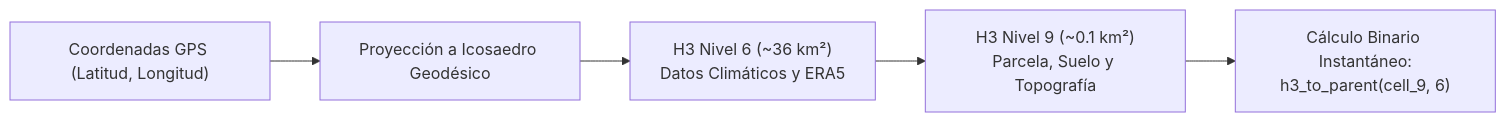
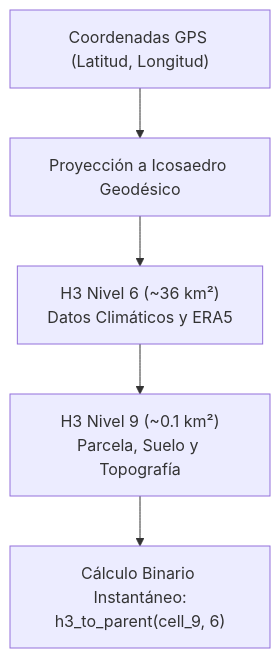
The third of 15 diagrams in webAgrotech/public/docs/TRATADO_MIGRACION_ARQUITECTURA_AGRITWIN_V3.md (danisantanderurrutia-coder/agrotech), drawn with Mermaid before and after one commit. The commit also changed other lines of this file and 4 other files, not shown here.

First line of the commit message:
docs(vault): actualizar Tratado v3.2.0 (20 caps, 67 pags, esquemas verticales y diagramas C-N/Kalman/Multitemporal)

````diff
--- a/webAgrotech/public/docs/TRATADO_MIGRACION_ARQUITECTURA_AGRITWIN_V3.md
+++ b/webAgrotech/public/docs/TRATADO_MIGRACION_ARQUITECTURA_AGRITWIN_V3.md
@@ -341,7 +337,7 @@
 ```mermaid
-flowchart LR
+flowchart TD
     GPS["Coordenadas GPS (Latitud, Longitud)"] --> PROJ["Proyección a Icosaedro Geodésico"]
     PROJ --> H6["H3 Nivel 6 (~36 km²)<br>Datos Climáticos y ERA5"]
     H6 --> H9["H3 Nivel 9 (~0.1 km²)<br>Parcela, Suelo y Topografía"]
     H9 --> BIT["Cálculo Binario Instantáneo:<br>h3_to_parent(cell_9, 6)"]
 ```
````
